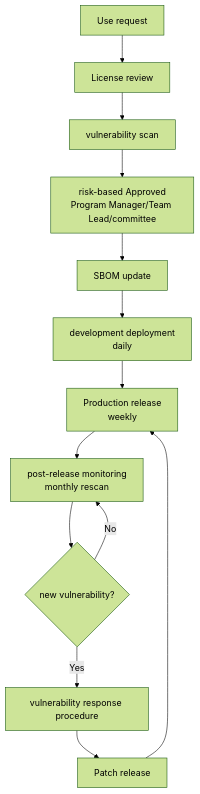
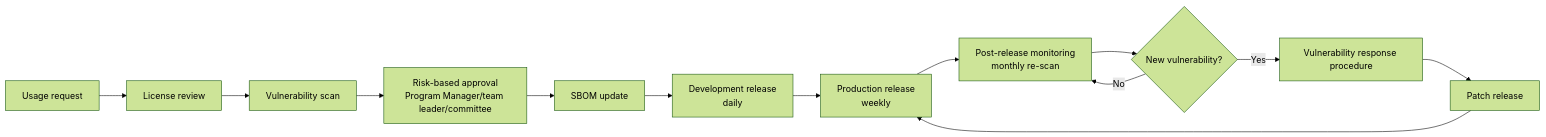
Before and after one commit to trustedoss/trustedoss.github.io: the fourth of 4 diagrams in website/i18n/en/docusaurus-plugin-content-docs-reference/current/samples/process.md, drawn with Mermaid (forest theme). The commit also changed other lines of this file and 33 other files, not shown here.

````diff
--- a/website/i18n/en/docusaurus-plugin-content-docs-reference/current/samples/process.md
+++ b/website/i18n/en/docusaurus-plugin-content-docs-reference/current/samples/process.md
@@ -625,15 +689,15 @@
 ```mermaid
-graph TD
-    A[Use request] --> B[License review]
-    B --> C[vulnerability scan]
-    C --> D[risk-based Approved\nProgram Manager/Team Lead/committee]
+graph LR
+    A[Usage request] --> B[License review]
+    B --> C[Vulnerability scan]
+    C --> D[Risk-based approval\nProgram Manager/team leader/committee]
     D --> E[SBOM update]
-    E --> F[development deployment\ndaily]
+    E --> F[Development release\ndaily]
     F --> G[Production release\nweekly]
-    G --> H[post-release monitoring\nmonthly rescan]
-    H --> I{new vulnerability?}
-    I -->|Yes| J[vulnerability response procedure]
+    G --> H[Post-release monitoring\nmonthly re-scan]
+    H --> I{New vulnerability?}
+    I -->|Yes| J[Vulnerability response procedure]
     J --> K[Patch release]
     K --> G
     I -->|No| H
 ```
````
